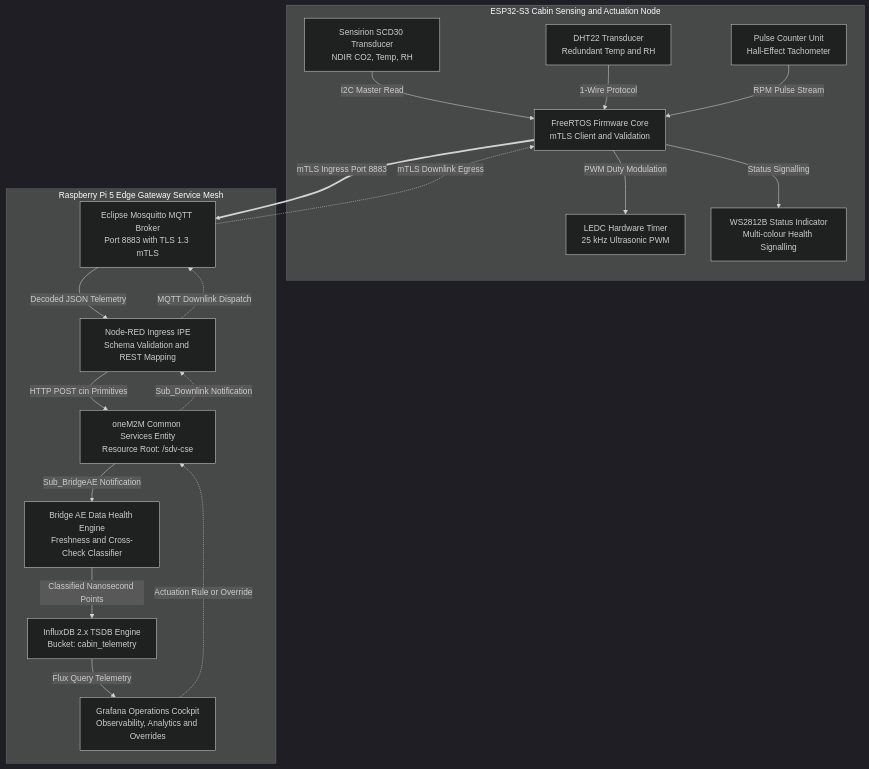
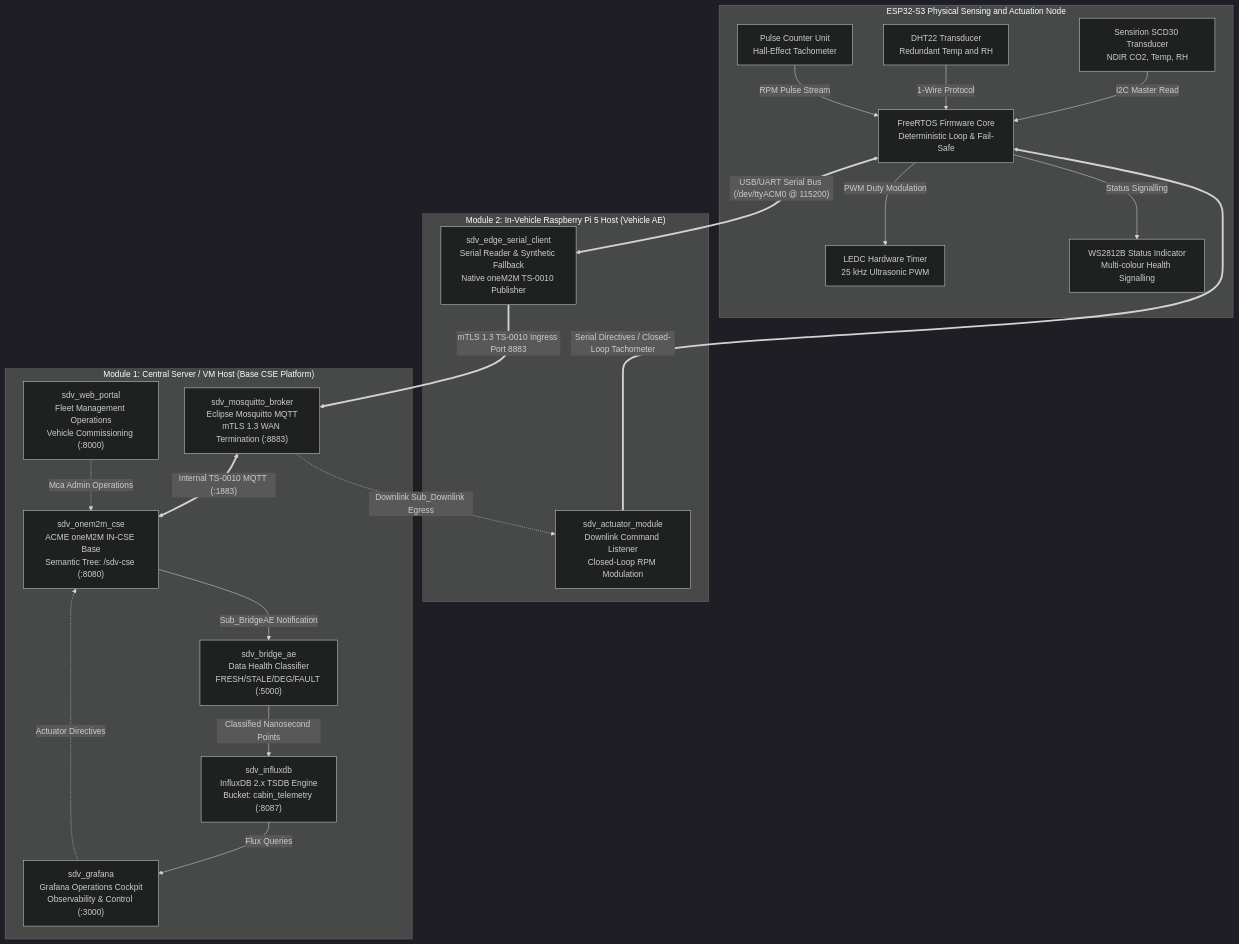
Before and after one commit to imosudi/HVAC-iot-monitoring: the diagram in README.md, drawn with Mermaid (dark theme). The commit also changed other lines of this file and 6 other files, not shown here.

Commit message:
refactor(orchestrator): standardise interactive menu and update architectural documentation

````diff
--- a/README.md
+++ b/README.md
@@ -158,39 +164,44 @@
 ```mermaid
 graph TB
-    subgraph EdgeNode["ESP32-S3 Cabin Sensing and Actuation Node"]
+    subgraph EdgeNode["ESP32-S3 Physical Sensing and Actuation Node"]
         SCD30["Sensirion SCD30 Transducer<br/>NDIR CO2, Temp, RH"]
         DHT22["DHT22 Transducer<br/>Redundant Temp and RH"]
         LEDC["LEDC Hardware Timer<br/>25 kHz Ultrasonic PWM"]
         PCNT["Pulse Counter Unit<br/>Hall-Effect Tachometer"]
         LED["WS2812B Status Indicator<br/>Multi-colour Health Signalling"]
-        Firmware["FreeRTOS Firmware Core<br/>mTLS Client and Validation"]
+        Firmware["FreeRTOS Firmware Core<br/>Deterministic Loop & Fail-Safe"]
 
         SCD30 -->|I2C Master Read| Firmware
         DHT22 -->|1-Wire Protocol| Firmware
         Firmware -->|PWM Duty Modulation| LEDC
         PCNT -->|RPM Pulse Stream| Firmware
         Firmware -->|Status Signalling| LED
     end
 
-    subgraph ServiceMesh["Raspberry Pi 5 Edge Gateway Service Mesh"]
-        Mosquitto["Eclipse Mosquitto MQTT Broker<br/>Port 8883 with TLS 1.3 mTLS"]
-        NodeRED["Node-RED Ingress IPE<br/>Schema Validation and REST Mapping"]
-        CSE["oneM2M Common Services Entity<br/>Resource Root: /sdv-cse"]
-        BridgeAE["Bridge AE Data Health Engine<br/>Freshness and Cross-Check Classifier"]
-        InfluxDB["InfluxDB 2.x TSDB Engine<br/>Bucket: cabin_telemetry"]
-        Grafana["Grafana Operations Cockpit<br/>Observability, Analytics and Overrides"]
+    subgraph Module2["Module 2: In-Vehicle Raspberry Pi 5 Host (Vehicle AE)"]
+        EdgeClient["sdv_edge_serial_client<br/>Serial Reader & Synthetic Fallback<br/>Native oneM2M TS-0010 Publisher"]
+        Actuator["sdv_actuator_module<br/>Downlink Command Listener<br/>Closed-Loop RPM Modulation"]
+    end
 
-        Mosquitto -->|Decoded JSON Telemetry| NodeRED
-        NodeRED -->|HTTP POST cin Primitives| CSE
+    subgraph Module1["Module 1: Central Server / VM Host (Base CSE Platform)"]
+        Mosquitto["sdv_mosquitto_broker<br/>Eclipse Mosquitto MQTT<br/>mTLS 1.3 WAN Termination (:8883)"]
+        CSE["sdv_onem2m_cse<br/>ACME oneM2M IN-CSE Base<br/>Semantic Tree: /sdv-cse (:8080)"]
+        BridgeAE["sdv_bridge_ae<br/>Data Health Classifier<br/>FRESH/STALE/DEG/FAULT (:5000)"]
+        InfluxDB["sdv_influxdb<br/>InfluxDB 2.x TSDB Engine<br/>Bucket: cabin_telemetry (:8087)"]
+        Grafana["sdv_grafana<br/>Grafana Operations Cockpit<br/>Observability & Control (:3000)"]
+        WebPortal["sdv_web_portal<br/>Fleet Management Operations<br/>Vehicle Commissioning (:8000)"]
+
+        Mosquitto <== "Internal TS-0010 MQTT (:1883)" ==> CSE
         CSE -->|Sub_BridgeAE Notification| BridgeAE
         BridgeAE -->|Classified Nanosecond Points| InfluxDB
-        InfluxDB -->|Flux Query Telemetry| Grafana
-        
-        Grafana -.->|Actuation Rule or Override| CSE
-        CSE -.->|Sub_Downlink Notification| NodeRED
-        NodeRED -.->|MQTT Downlink Dispatch| Mosquitto
+        InfluxDB -->|Flux Queries| Grafana
+        Grafana -.->|Actuator Directives| CSE
+        WebPortal -.->|Mca Admin Operations| CSE
     end
 
-    Firmware ==>|mTLS Ingress Port 8883| Mosquitto
-    Mosquitto -.->|mTLS Downlink Egress| Firmware
+    Firmware <== "USB/UART Serial Bus (/dev/ttyACM0 @ 115200)" ==> EdgeClient
+    Actuator == "Serial Directives / Closed-Loop Tachometer" ==> Firmware
+
+    EdgeClient ==>|mTLS 1.3 TS-0010 Ingress Port 8883| Mosquitto
+    Mosquitto -.->|Downlink Sub_Downlink Egress| Actuator
 ```
````
